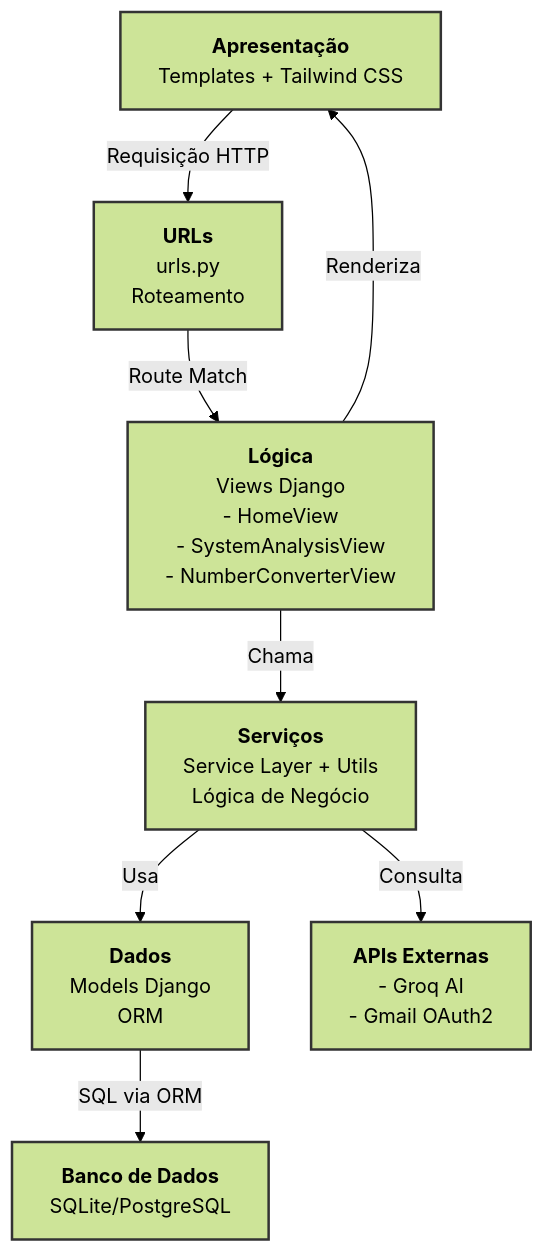
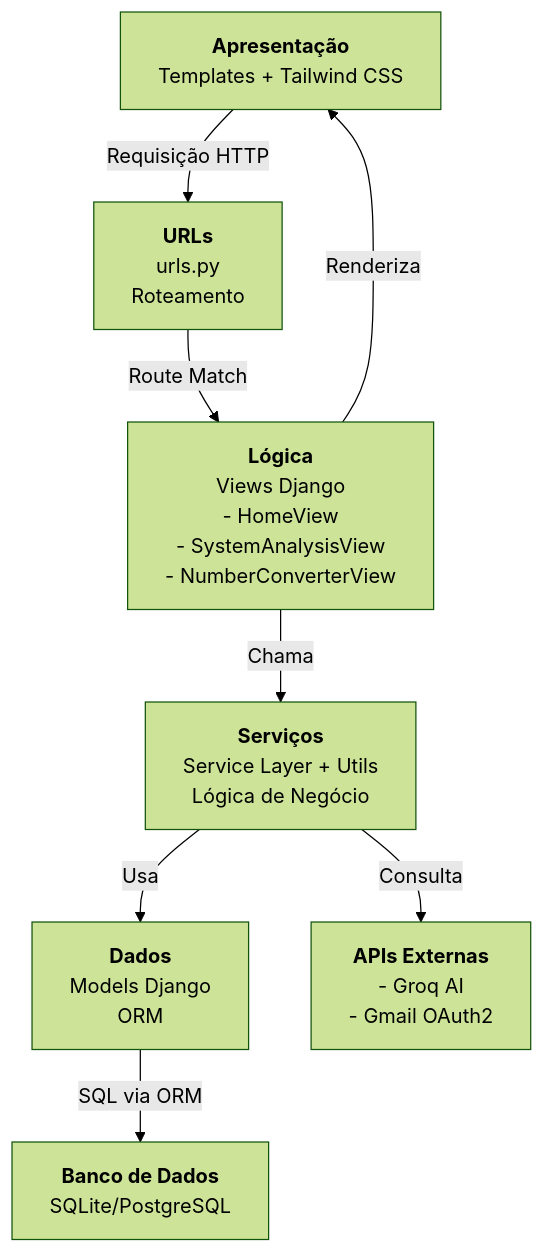
Before and after one commit to eukauacavalcante/morpheus_env: the diagram in docs/architecture.md, drawn with Mermaid (forest theme). The commit also changed 8 other files, not shown here.

````diff
--- a/docs/architecture.md
+++ b/docs/architecture.md
@@ -9,22 +9,18 @@
 ```mermaid
-
 graph TD
     A["<b>Apresentação</b><br/>Templates + Tailwind CSS"]
     B["<b>URLs</b><br/>urls.py<br/>Roteamento"]
     C["<b>Lógica</b><br/>Views Django<br/>- HomeView<br/>- SystemAnalysisView<br/>- NumberConverterView"]
     D["<b>Serviços</b><br/>Service Layer + Utils<br/>Lógica de Negócio"]
     E["<b>Dados</b><br/>Models Django<br/>ORM"]
     F["<b>Banco de Dados</b><br/>SQLite/PostgreSQL"]
     G["<b>APIs Externas</b><br/>- Groq AI<br/>- Gmail OAuth2"]
     
     A -->|Requisição HTTP| B
     B -->|Route Match| C
     C -->|Renderiza| A
     C -->|Chama| D
     D -->|Usa| E
     D -->|Consulta| G
     E -->|SQL via ORM| F
-    
-    classDef default stroke:#333,stroke-width:2px
-
 ```
````
